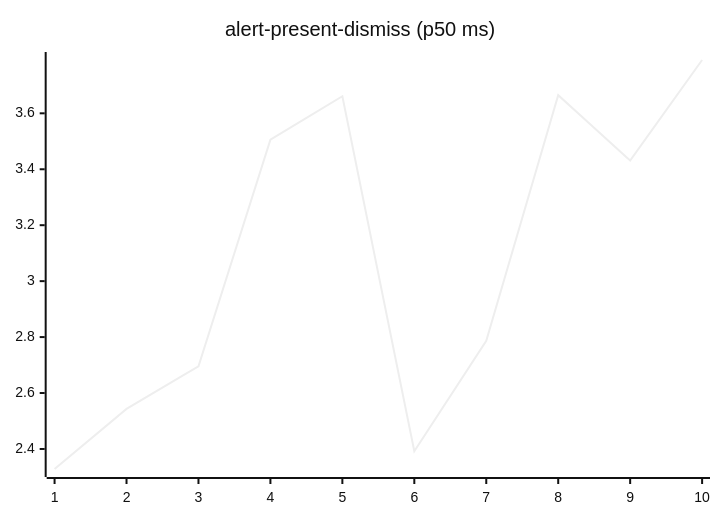
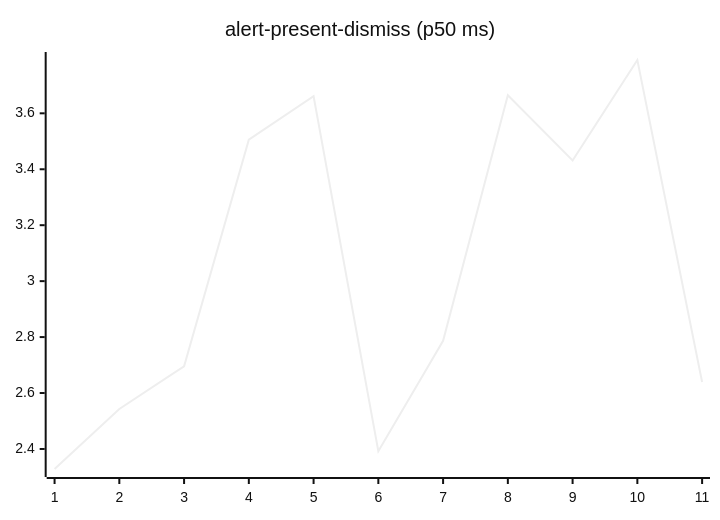
One commit to josha/Facet changed the second of 27 diagrams in README.md. Above: the diagram before and after it, drawn with Mermaid (neutral theme). The commit also changed other lines of this file and 2 other files, not shown here.

````diff
--- a/README.md
+++ b/README.md
@@ -70,6 +70,6 @@
 ```mermaid
 xychart-beta
     title "alert-present-dismiss (p50 ms)"
-    x-axis 1 --> 10
-    line [2.3284, 2.5432, 2.6957, 3.5058, 3.6611, 2.3918, 2.7865, 3.6648, 3.4312, 3.7906]
+    x-axis 1 --> 11
+    line [2.3284, 2.5432, 2.6957, 3.5058, 3.6611, 2.3918, 2.7865, 3.6648, 3.4312, 3.7906, 2.6392]
 ```
````
